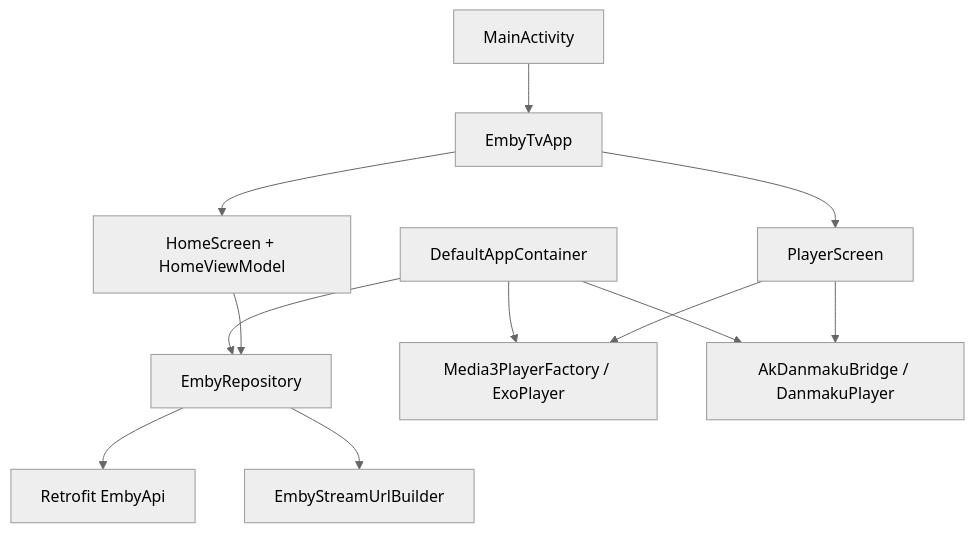
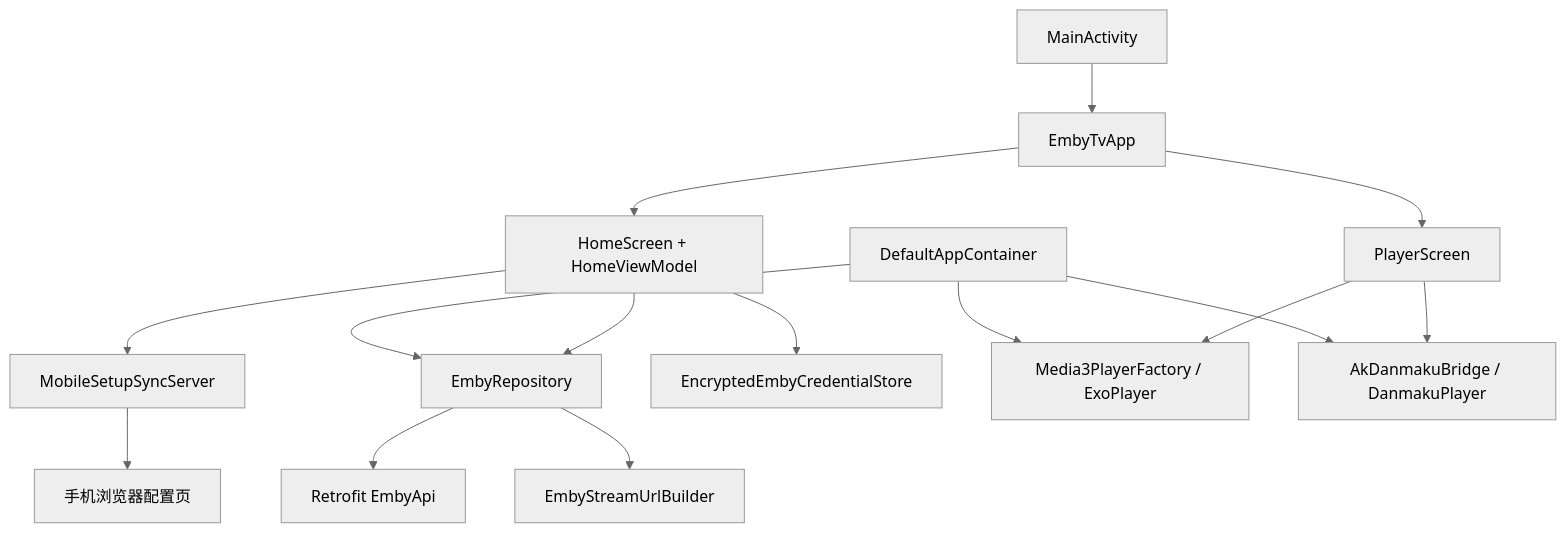
Before and after one commit to zcw199604/embyTv: the first of 2 diagrams in helloagents/main/wiki/arch.md, drawn with Mermaid (neutral theme). The commit also changed other lines of this file and 26 other files, not shown here.

````diff
--- a/helloagents/main/wiki/arch.md
+++ b/helloagents/main/wiki/arch.md
@@ -4,14 +4,17 @@
 ```mermaid
 flowchart TD
     Activity["MainActivity"] --> App["EmbyTvApp"]
     App --> Home["HomeScreen + HomeViewModel"]
     App --> Player["PlayerScreen"]
     Home --> Repo["EmbyRepository"]
+    Home --> Sync["MobileSetupSyncServer"]
+    Sync --> Phone["手机浏览器配置页"]
+    Home --> Store["EncryptedEmbyCredentialStore"]
     Repo --> Api["Retrofit EmbyApi"]
     Repo --> Url["EmbyStreamUrlBuilder"]
     Player --> Media3["Media3PlayerFactory / ExoPlayer"]
     Player --> Danmaku["AkDanmakuBridge / DanmakuPlayer"]
     Core["DefaultAppContainer"] --> Repo
     Core --> Media3
     Core --> Danmaku
 ```
````
